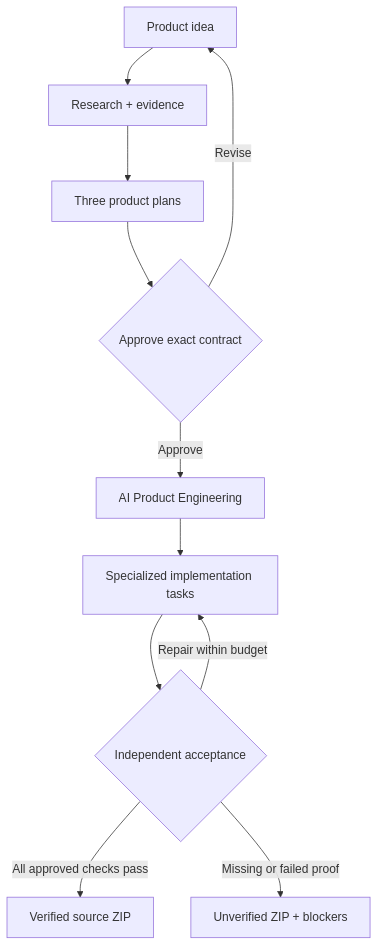
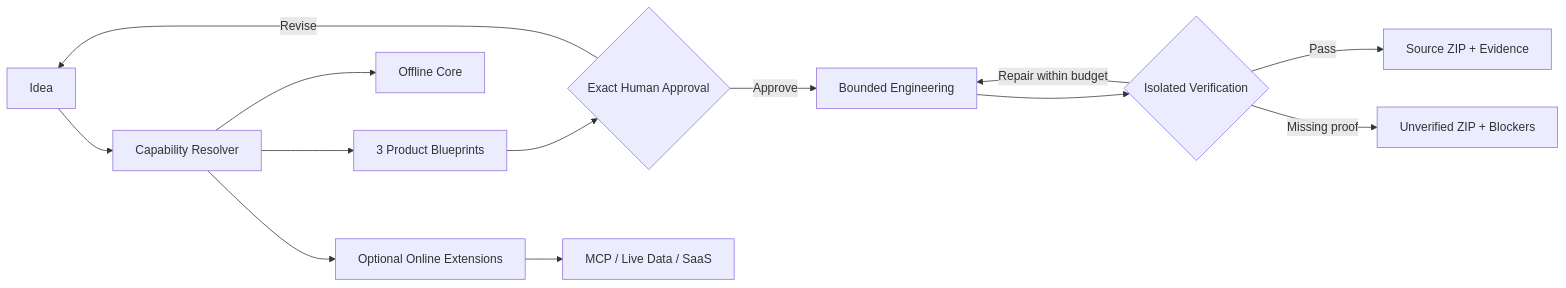
One commit to logeshv586-code/AIproductfactory changed the diagram in README.md. Above: the diagram before and after it, drawn with Mermaid. The commit also changed other lines of this file and 29 other files, not shown here.

First line of the commit message:
feat: add offline-first capability factory and contributor experience

````diff
--- a/README.md
+++ b/README.md
@@ -38,13 +167,16 @@
 ```mermaid
-flowchart TD
-  I["Product idea"] --> R["Research + evidence"]
-  R --> P["Three product plans"]
-  P --> A{"Approve exact contract"}
+flowchart LR
+  I["Idea"] --> C["Capability Resolver"]
+  C --> P["3 Product Blueprints"]
+  P --> A{"Exact Human Approval"}
   A -->|Revise| I
-  A -->|Approve| E["AI Product Engineering"]
-  E --> T["Specialized implementation tasks"]
-  T --> V{"Independent acceptance"}
-  V -->|Repair within budget| T
-  V -->|All approved checks pass| Z["Verified source ZIP"]
-  V -->|Missing or failed proof| U["Unverified ZIP + blockers"]
+  A -->|Approve| B["Bounded Engineering"]
+  B --> V{"Isolated Verification"}
+  V -->|Repair within budget| B
+  V -->|Pass| Z["Source ZIP + Evidence"]
+  V -->|Missing proof| U["Unverified ZIP + Blockers"]
+
+  C --> O["Offline Core"]
+  C --> E["Optional Online Extensions"]
+  E --> M["MCP / Live Data / SaaS"]
 ```
````
